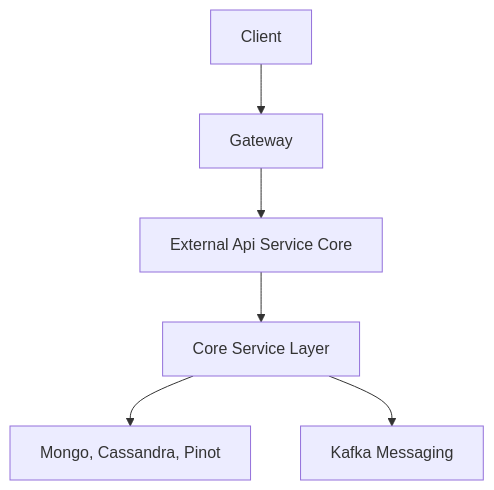
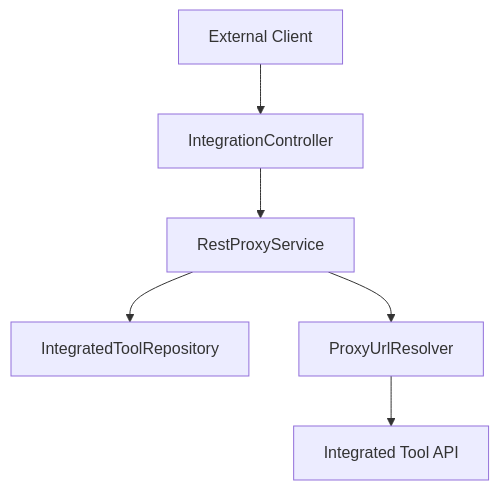
Before and after one commit to flamingo-stack/openframe-oss-lib: the fifth of 5 diagrams in docs/reference/architecture/external-api-service-core/external-api-service-core.md, drawn with Mermaid. The commit also changed other lines of this file and 1819 other files, not shown here.

````diff
--- a/docs/reference/architecture/external-api-service-core/external-api-service-core.md
+++ b/docs/reference/architecture/external-api-service-core/external-api-service-core.md
@@ -430,8 +293,8 @@
 ```mermaid
 flowchart TD
-    Client --> Gateway
-    Gateway --> ExternalApi["External Api Service Core"]
-    ExternalApi --> CoreServices["Core Service Layer"]
-    CoreServices --> DataLayer["Mongo, Cassandra, Pinot"]
-    CoreServices --> Kafka["Kafka Messaging"]
+    Client["External Client"] --> ProxyController["IntegrationController"]
+    ProxyController --> RestProxyService["RestProxyService"]
+    RestProxyService --> ToolRepo["IntegratedToolRepository"]
+    RestProxyService --> Resolver["ProxyUrlResolver"]
+    Resolver --> TargetTool["Integrated Tool API"]
 ```
````
